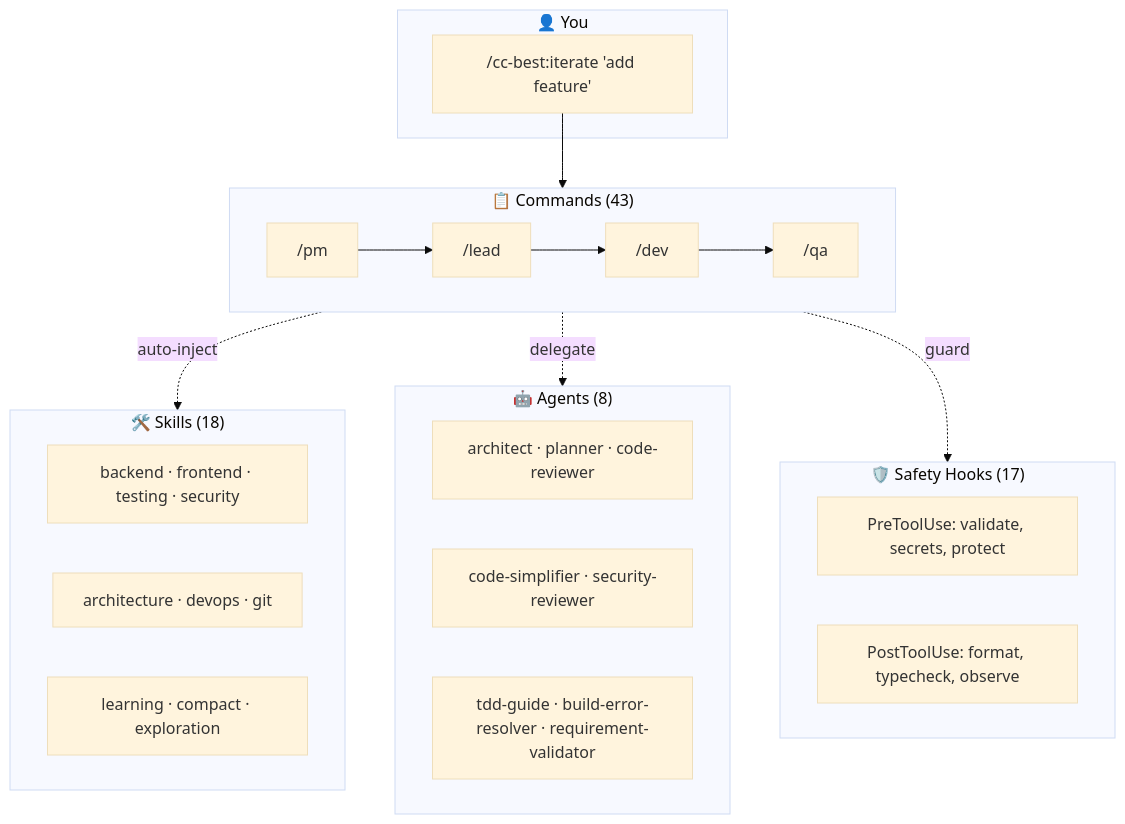
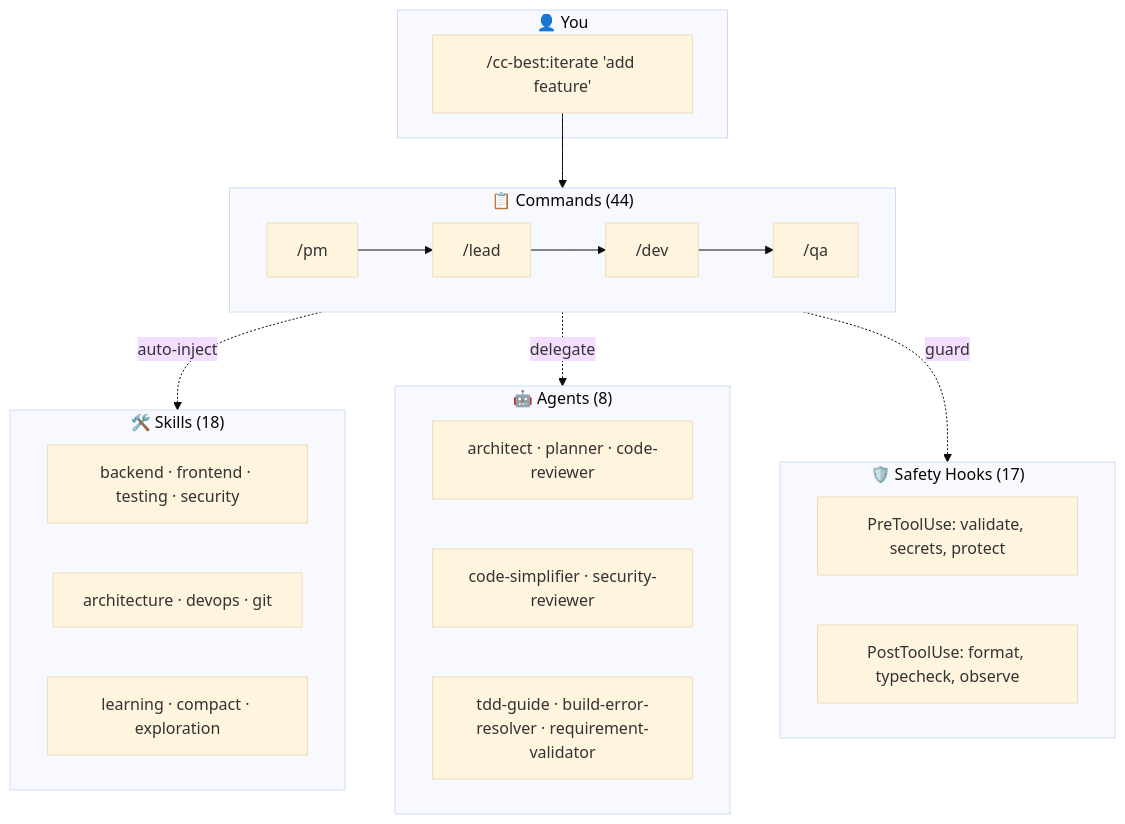
One commit to xiaobei930/claude-code-best-practices changed the second of 2 diagrams in README.md. Above: the diagram before and after it, drawn with Mermaid (base theme). The commit also changed other lines of this file and 18 other files, not shown here.

````diff
--- a/README.md
+++ b/README.md
@@ -345,32 +345,32 @@
 ```mermaid
 flowchart TB
     subgraph User["👤 You"]
         CMD["/cc-best:iterate 'add feature'"]
     end
 
-    subgraph Commands["📋 Commands (43)"]
+    subgraph Commands["📋 Commands (44)"]
         PM["/pm"] --> Lead["/lead"] --> Dev["/dev"] --> QA["/qa"]
     end
 
     subgraph Skills["🛠️ Skills (18)"]
         S1["backend · frontend · testing · security"]
         S2["architecture · devops · git"]
         S3["learning · compact · exploration"]
     end
 
     subgraph Agents["🤖 Agents (8)"]
         A1["architect · planner · code-reviewer"]
         A2["code-simplifier · security-reviewer"]
         A3["tdd-guide · build-error-resolver · requirement-validator"]
     end
 
     subgraph Safety["🛡️ Safety Hooks (17)"]
         H1["PreToolUse: validate, secrets, protect"]
         H2["PostToolUse: format, typecheck, observe"]
     end
 
     CMD --> Commands
     Commands -.->|"auto-inject"| Skills
     Commands -.->|"delegate"| Agents
     Commands -.->|"guard"| Safety
 ```
````
